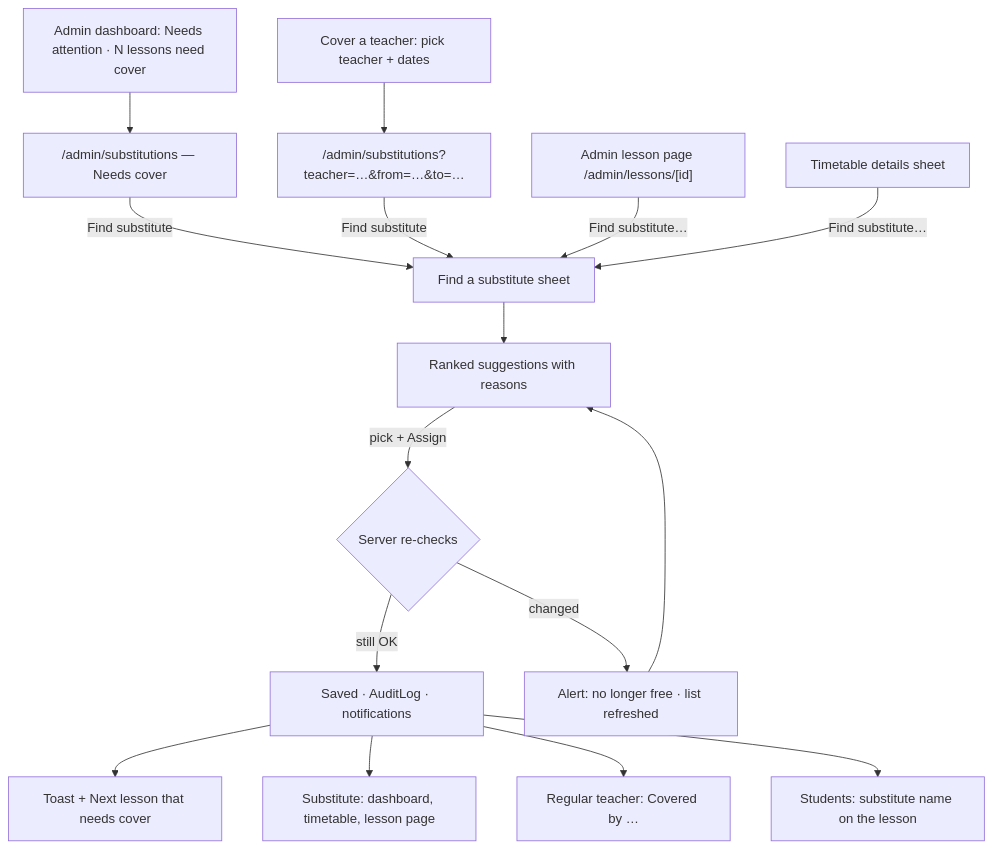
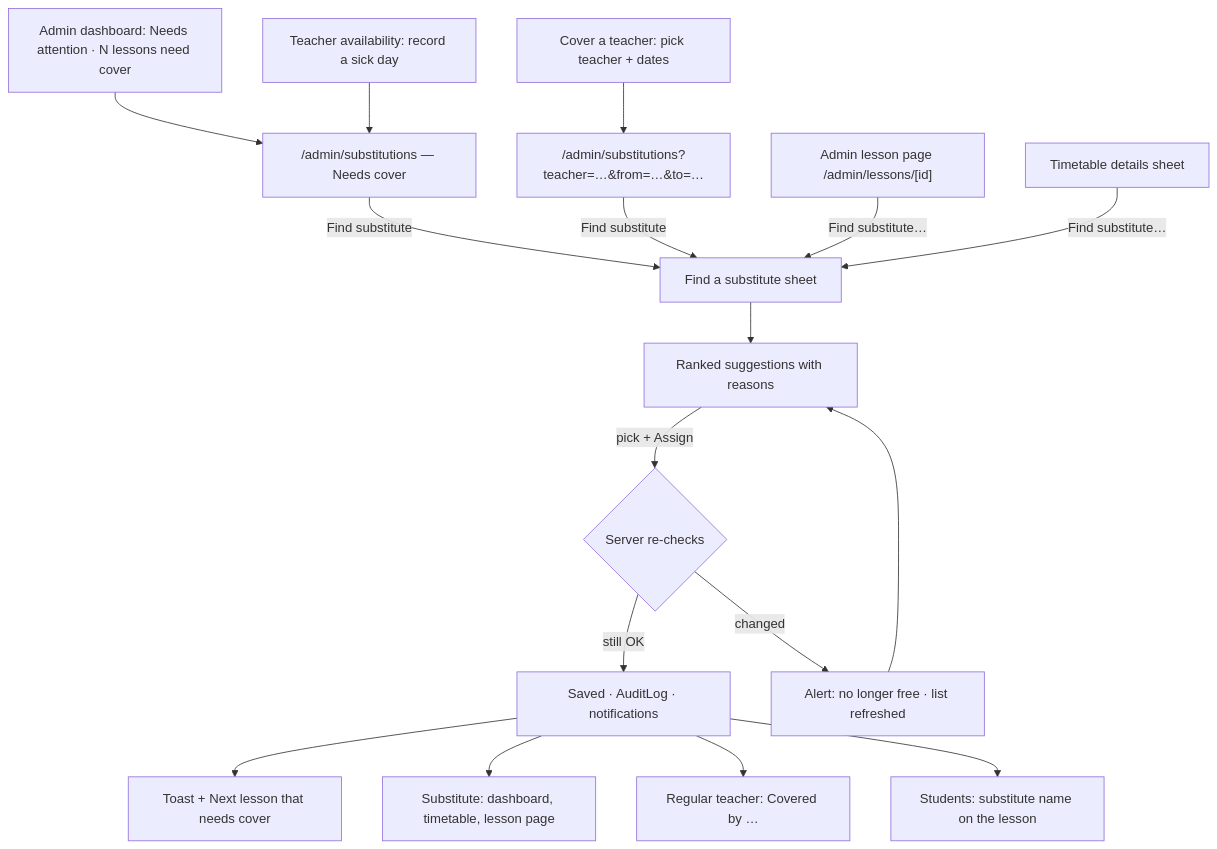
Before and after one commit to NoncommissionedRush/schoolmanager: the first of 3 diagrams in docs/design/notifications-substitutes.md, drawn with Mermaid. The commit also changed other lines of this file and 1 other file, not shown here.

````diff
--- a/docs/design/notifications-substitutes.md
+++ b/docs/design/notifications-substitutes.md
@@ -285,15 +282,16 @@
 ```mermaid
 flowchart TD
   D[Admin dashboard: Needs attention · N lessons need cover] --> SL["/admin/substitutions — Needs cover"]
+  AV[Teacher availability: record a sick day] --> SL
   SL -->|Find substitute| P[Find a substitute sheet]
   CT[Cover a teacher: pick teacher + dates] --> SLT["/admin/substitutions?teacher=…&from=…&to=…"] -->|Find substitute| P
   LP["Admin lesson page /admin/lessons/[id]"] -->|Find substitute…| P
   TS[Timetable details sheet] -->|Find substitute…| P
   P --> R[Ranked suggestions with reasons]
   R -->|pick + Assign| C{Server re-checks}
   C -- still OK --> OK[Saved · AuditLog · notifications] --> NX[Toast + Next lesson that needs cover]
   C -- changed --> ST[Alert: no longer free · list refreshed] --> R
   OK --> SUB[Substitute: dashboard, timetable, lesson page]
   OK --> REG[Regular teacher: Covered by …]
   OK --> STU[Students: substitute name on the lesson]
 ```
````
